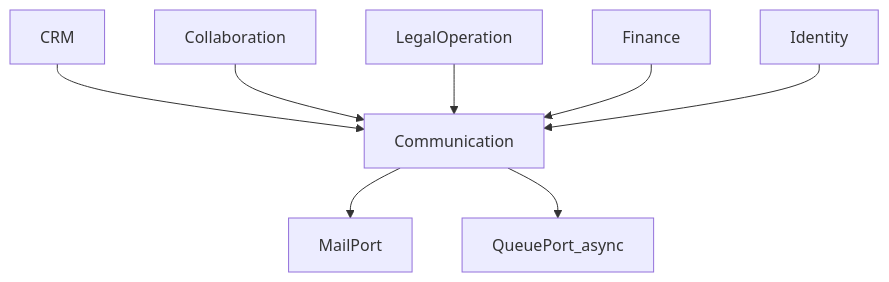
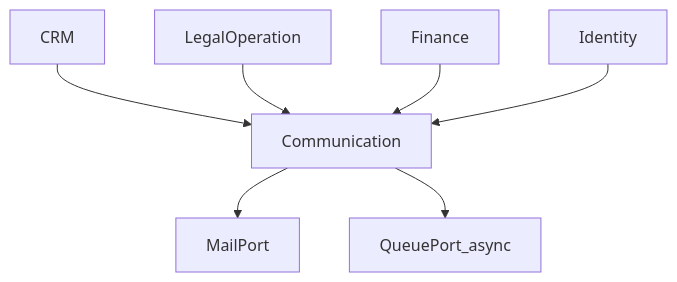
One commit to PNCTriet/DYN_CRM_BACKEND changed the third of 5 diagrams in docs/02-domain/Communication.md. Above: the diagram before and after it, drawn with Mermaid. The commit also changed other lines of this file and 46 other files, not shown here.

````diff
--- a/docs/02-domain/Communication.md
+++ b/docs/02-domain/Communication.md
@@ -105,10 +112,9 @@
 ```mermaid
 flowchart TB
   CRM --> COM[Communication]
-  COL[Collaboration] --> COM
   LEG[LegalOperation] --> COM
   FIN[Finance] --> COM
   ID[Identity] --> COM
   COM --> MailPort[MailPort]
   COM --> Queue[QueuePort_async]
 ```
````
